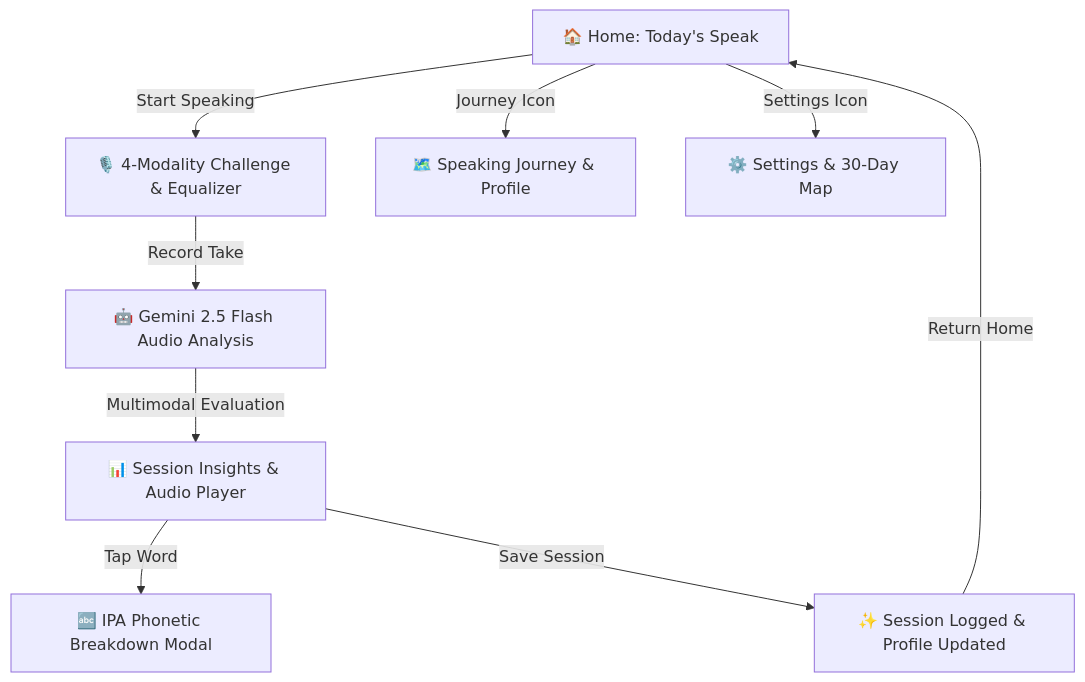
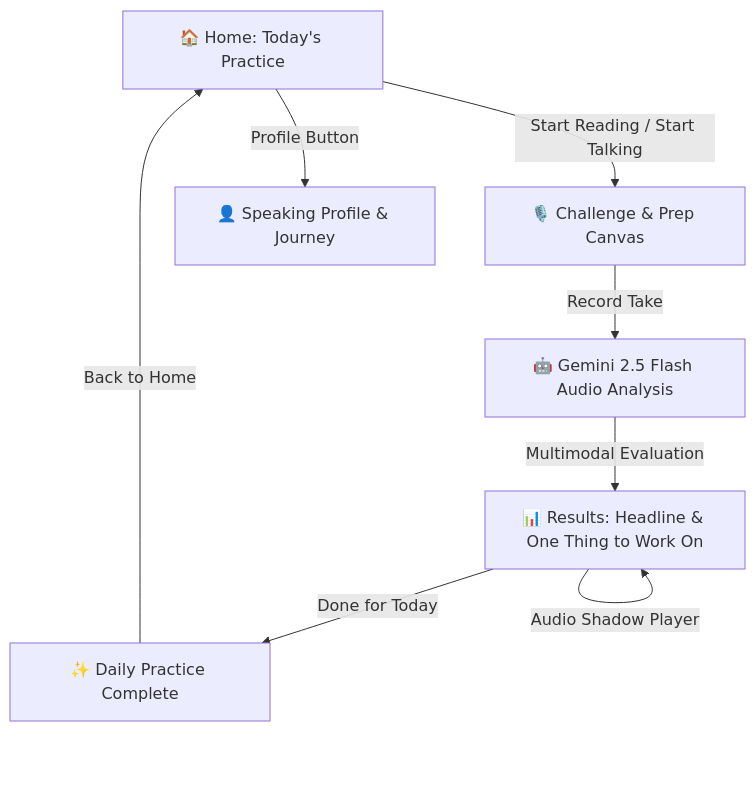
The diagram in README.md (Snaehath/SayWise), drawn with Mermaid before and after one commit. The commit also changed other lines of this file, not shown here.

Commit message:
docs: update README to reflect simplified dual-mode practice architecture and streamlined UI component structure

````diff
--- a/README.md
+++ b/README.md
@@ -42,11 +35,10 @@
 ```mermaid
 graph TD
-    A[🏠 Home: Today's Speak] -->|Start Speaking| C[🎙️ 4-Modality Challenge & Equalizer]
-    A -->|Journey Icon| J[🗺️ Speaking Journey & Profile]
-    A -->|Settings Icon| S[⚙️ Settings & 30-Day Map]
+    A[🏠 Home: Today's Practice] -->|Start Reading / Start Talking| C[🎙️ Challenge & Prep Canvas]
+    A -->|Profile Button| J[👤 Speaking Profile & Journey]
     C -->|Record Take| D[🤖 Gemini 2.5 Flash Audio Analysis]
-    D -->|Multimodal Evaluation| E[📊 Session Insights & Audio Player]
-    E -->|Tap Word| F[🔤 IPA Phonetic Breakdown Modal]
-    E -->|Save Session| H[✨ Session Logged & Profile Updated]
-    H -->|Return Home| A
+    D -->|Multimodal Evaluation| E[📊 Results: Headline & One Thing to Work On]
+    E -->|Audio Shadow Player| E
+    E -->|Done for Today| H[✨ Daily Practice Complete]
+    H -->|Back to Home| A
 ```
````
